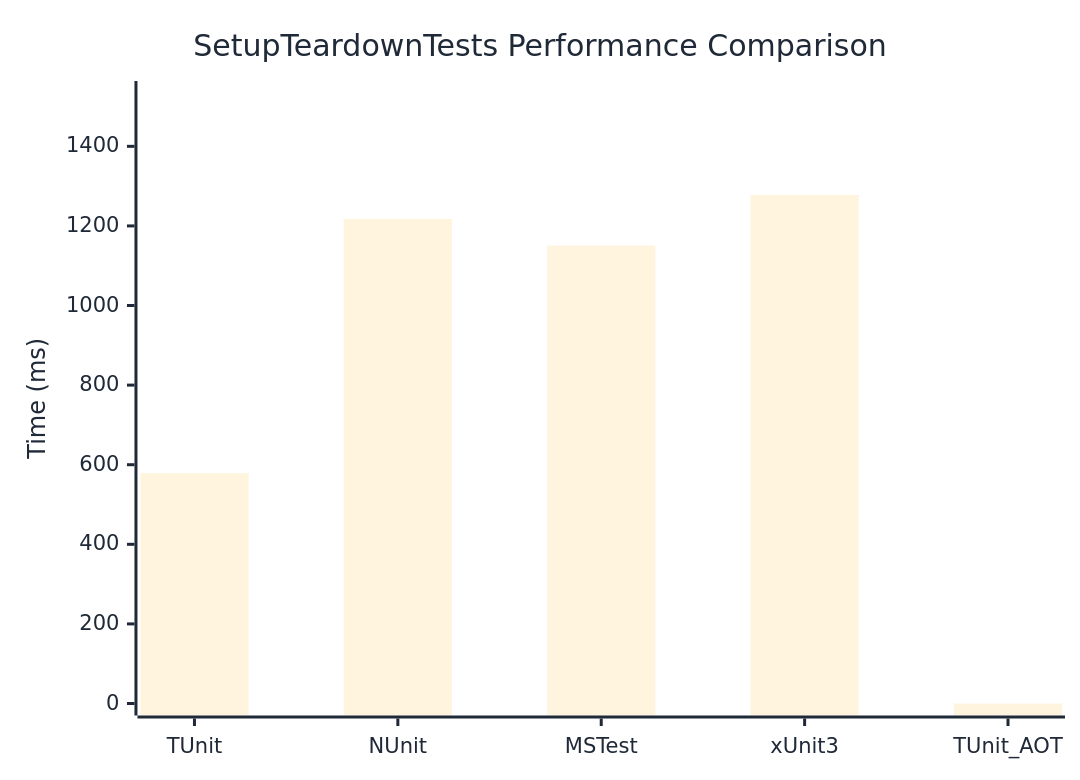
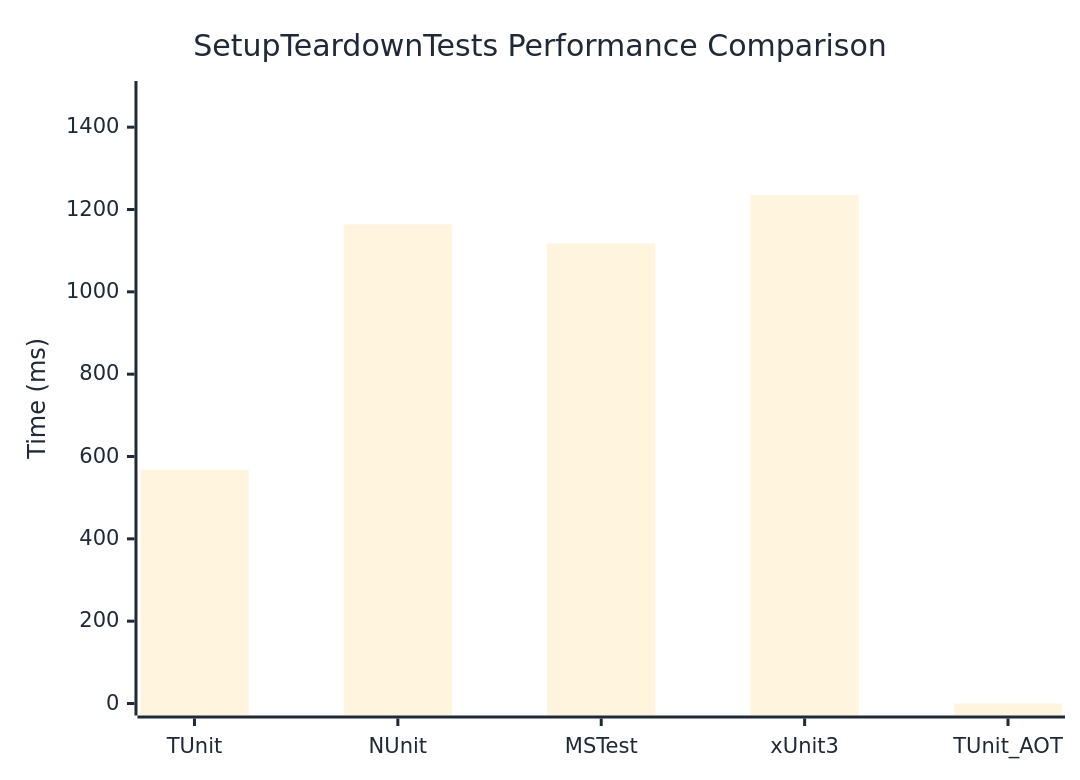
The diagram in docs/docs/benchmarks/SetupTeardownTests.md (thomhurst/TUnit), drawn with Mermaid before and after one commit. The commit also changed other lines of this file and 17 other files, not shown here.

````diff
--- a/docs/docs/benchmarks/SetupTeardownTests.md
+++ b/docs/docs/benchmarks/SetupTeardownTests.md
@@ -27,37 +27,37 @@
 ```mermaid
 %%{init: {
   'theme':'base',
   'themeVariables': {
     'primaryColor': '#2563eb',
     'primaryTextColor': '#1f2937',
     'primaryBorderColor': '#1e40af',
     'lineColor': '#6b7280',
     'secondaryColor': '#7c3aed',
     'tertiaryColor': '#dc2626',
     'background': '#ffffff',
     'mainBkg': '#2563eb',
     'secondBkg': '#7c3aed',
     'tertiaryBkg': '#dc2626',
     'clusterBkg': '#f3f4f6',
     'edgeLabelBackground': '#ffffff',
     'tertiaryTextColor': '#1f2937',
     'pie1': '#2563eb',
     'pie2': '#7c3aed',
     'pie3': '#dc2626',
     'pie4': '#f59e0b',
     'pie5': '#10b981',
     'pie6': '#06b6d4',
     'pie7': '#ec4899',
     'pie8': '#6366f1',
     'pie9': '#84cc16',
     'pie10': '#f97316',
     'pie11': '#14b8a6',
     'pie12': '#a855f7'
   }
 }}%%
 xychart-beta
   title "SetupTeardownTests Performance Comparison"
   x-axis ["TUnit", "NUnit", "MSTest", "xUnit3", "TUnit_AOT"]
-  y-axis "Time (ms)" 0 --> 1534
-  bar [578.6, 1217.7, 1150.5, 1277.7, 0]
+  y-axis "Time (ms)" 0 --> 1483
+  bar [568, 1163.8, 1117.8, 1235.4, 0]
 ```
````
